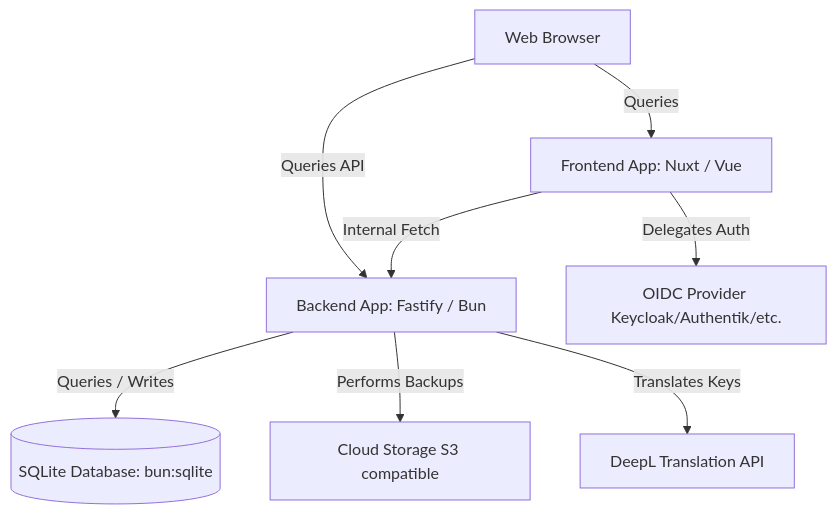
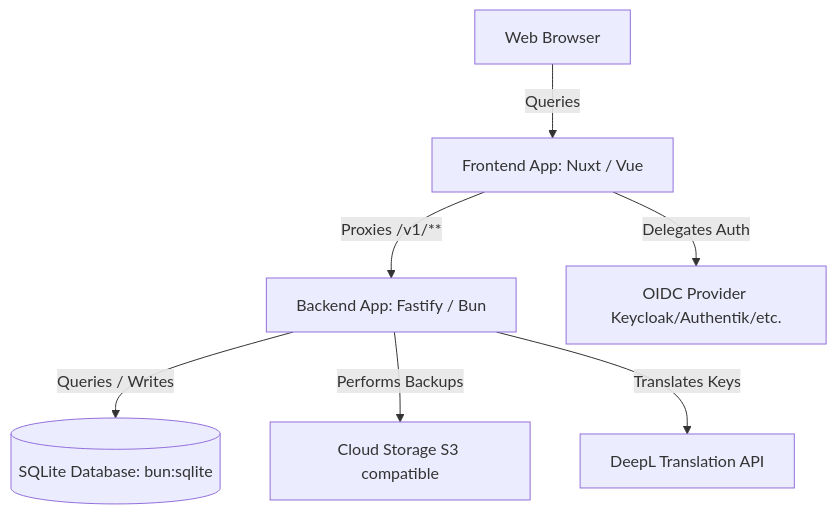
Before and after one commit to YONN2222/glidedot: the diagram in SETUP.md, drawn with Mermaid. The commit also changed other lines of this file, not shown here.

Commit message:
docs: update setup guide to clarify frontend-to-backend proxy configuration and revise environment variable details

````diff
--- a/SETUP.md
+++ b/SETUP.md
@@ -13,10 +13,9 @@
 ```mermaid
 graph TD
     Client[Web Browser] -->|Queries| Frontend[Frontend App: Nuxt / Vue]
-    Client -->|Queries API| Backend[Backend App: Fastify / Bun]
-    Frontend -->|Internal Fetch| Backend
+    Frontend -->|Proxies /v1/**| Backend[Backend App: Fastify / Bun]
     Backend -->|Queries / Writes| SQLite[(SQLite Database: bun:sqlite)]
     Backend -->|Performs Backups| S3[Cloud Storage S3 compatible]
     Backend -->|Translates Keys| DeepL[DeepL Translation API]
     Frontend -->|Delegates Auth| OIDC[OIDC Provider Keycloak/Authentik/etc.]
 ```
````
